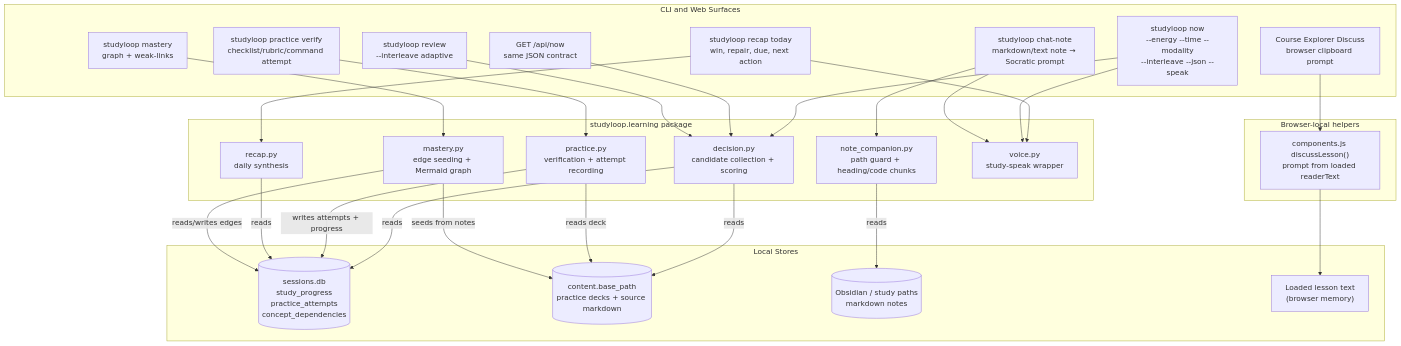
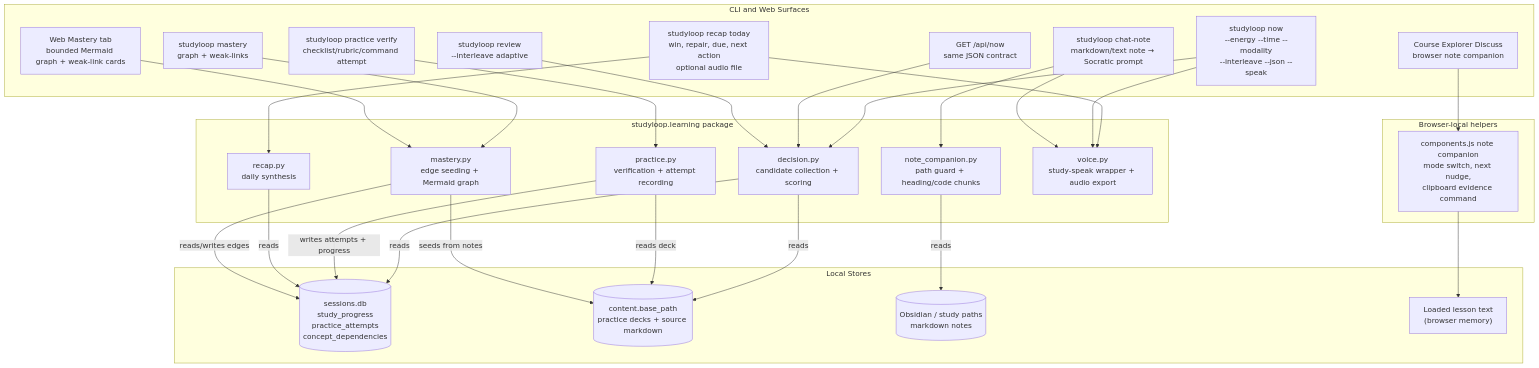
Before and after one commit to NetDevAutomate/StudyLoop: the third of 12 diagrams in docs/architecture/current.md, drawn with Mermaid. The commit also changed other lines of this file and 27 other files, not shown here.

````diff
--- a/docs/architecture/current.md
+++ b/docs/architecture/current.md
@@ -155,55 +155,57 @@
 ```mermaid
 flowchart TB
     subgraph Surfaces["CLI and Web Surfaces"]
       NowCLI["studyloop now<br/>--energy --time --modality<br/>--interleave --json --speak"]
       NowAPI["GET /api/now<br/>same JSON contract"]
       ChatNote["studyloop chat-note<br/>markdown/text note → Socratic prompt"]
-      WebDiscuss["Course Explorer Discuss<br/>browser clipboard prompt"]
+      WebDiscuss["Course Explorer Discuss<br/>browser note companion"]
       PracticeCLI["studyloop practice verify<br/>checklist/rubric/command attempt"]
-      RecapCLI["studyloop recap today<br/>win, repair, due, next action"]
+      RecapCLI["studyloop recap today<br/>win, repair, due, next action<br/>optional audio file"]
       MasteryCLI["studyloop mastery<br/>graph + weak-links"]
+      MasteryWeb["Web Mastery tab<br/>bounded Mermaid graph + weak-link cards"]
       ReviewCLI["studyloop review<br/>--interleave adaptive"]
     end
 
     subgraph Services["studyloop.learning package"]
       Decision["decision.py<br/>candidate collection + scoring"]
       NoteCompanion["note_companion.py<br/>path guard + heading/code chunks"]
       Practice["practice.py<br/>verification + attempt recording"]
       Recap["recap.py<br/>daily synthesis"]
       Mastery["mastery.py<br/>edge seeding + Mermaid graph"]
-      Voice["voice.py<br/>study-speak wrapper"]
+      Voice["voice.py<br/>study-speak wrapper + audio export"]
     end
 
     subgraph BrowserLocal["Browser-local helpers"]
-      DiscussPrompt["components.js discussLesson()<br/>prompt from loaded readerText"]
+      DiscussPrompt["components.js note companion<br/>mode switch, next nudge,<br/>clipboard evidence command"]
     end
 
     subgraph Stores["Local Stores"]
       SessionDB[("sessions.db<br/>study_progress<br/>practice_attempts<br/>concept_dependencies")]
       Content[("content.base_path<br/>practice decks + source markdown")]
       Vault[("Obsidian / study paths<br/>markdown notes")]
       LoadedLesson["Loaded lesson text<br/>(browser memory)"]
     end
 
     NowCLI --> Decision
     NowAPI --> Decision
     ChatNote --> NoteCompanion
     WebDiscuss --> DiscussPrompt
     PracticeCLI --> Practice
     RecapCLI --> Recap
     MasteryCLI --> Mastery
+    MasteryWeb --> Mastery
     ReviewCLI --> Decision
     RecapCLI --> Voice
     NowCLI --> Voice
     ChatNote --> Voice
 
     Decision -->|"reads"| SessionDB
     Decision -->|"reads"| Content
     NoteCompanion -->|"reads"| Vault
     DiscussPrompt --> LoadedLesson
     Practice -->|"reads deck"| Content
     Practice -->|"writes attempts + progress"| SessionDB
     Recap -->|"reads"| SessionDB
     Mastery -->|"reads/writes edges"| SessionDB
     Mastery -->|"seeds from notes"| Content
 ```
````
